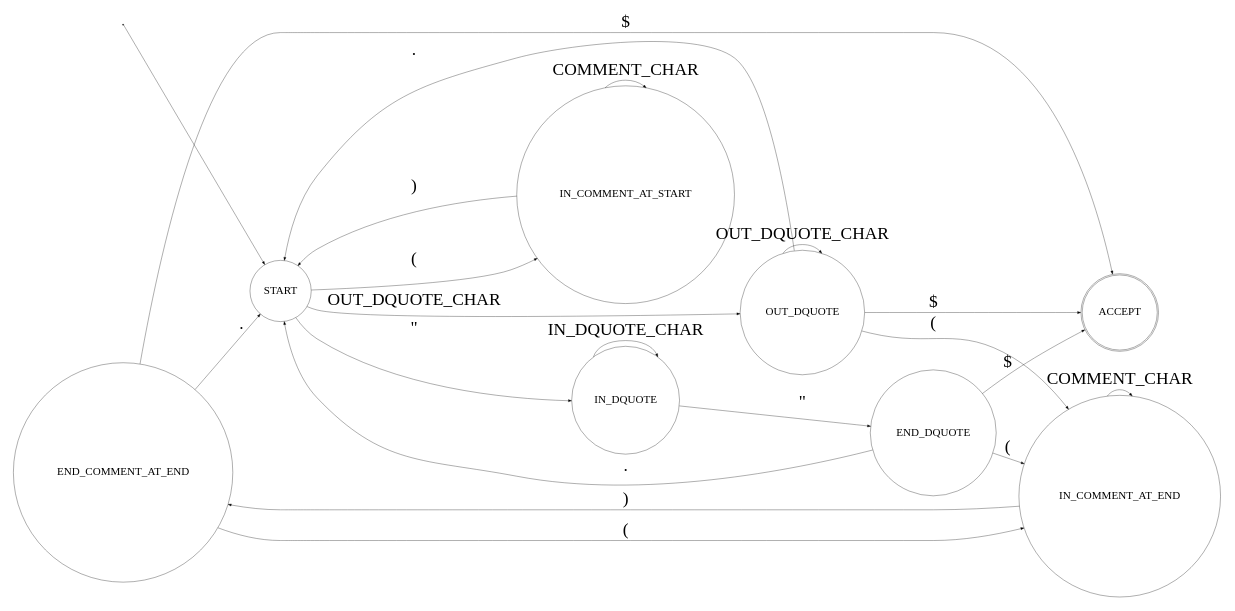
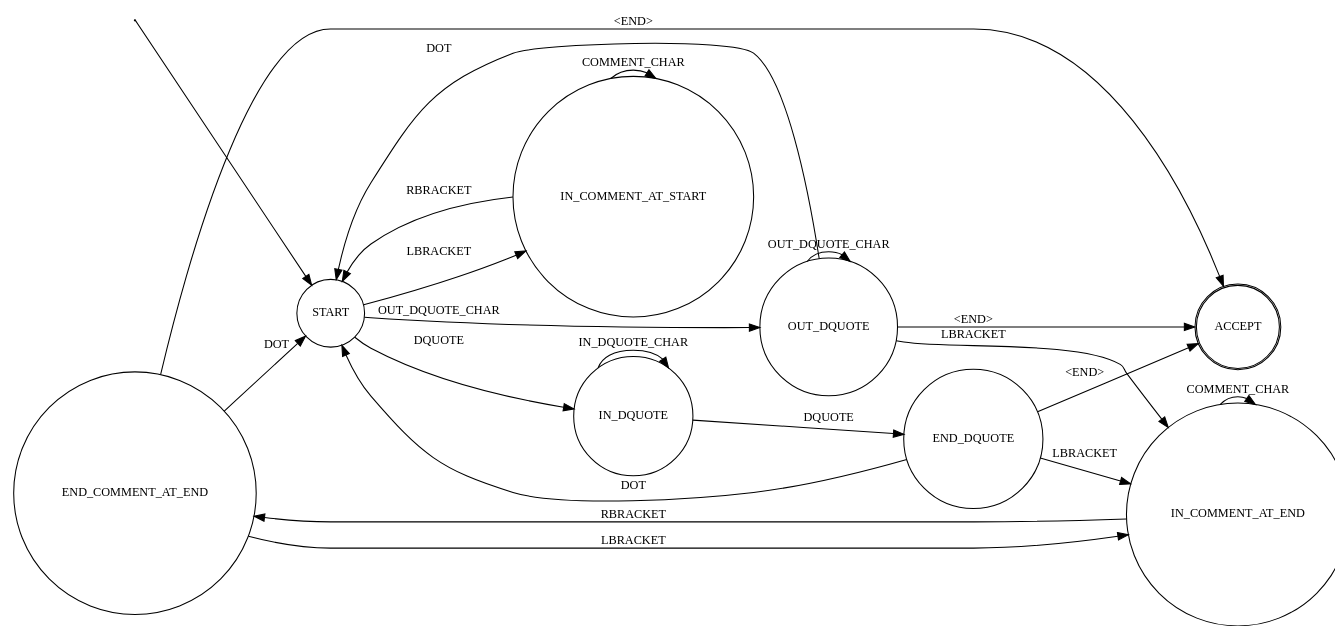
Before and after one commit to asimihsan/challenges: the diagram in codingforinterviews/emailaddress/doc/local-part-fsm.gv, drawn with Graphviz.

Commit message:
emailaddress - improve legibility of graphviz lines

```diff
--- a/codingforinterviews/emailaddress/doc/local-part-fsm.gv
+++ b/codingforinterviews/emailaddress/doc/local-part-fsm.gv
@@ -1,29 +1,29 @@
 digraph local_part_fsm {
     rankdir=LR;
     size="16,5"
-    node [fontsize = 35];
-    edge [fontsize = 55];
+    node [fontsize = 35, penwidth = 3];
+    edge [fontsize = 35, penwidth = 3, arrowsize = 3];
     node [shape = doublecircle]; ACCEPT;
     node [shape = point]; qi;
     node [shape = circle];
     qi ->                  START;
-    END_COMMENT_AT_END ->  ACCEPT [ label = "$" ];
-    END_COMMENT_AT_END ->  IN_COMMENT_AT_END [ label = "(" ];
-    END_COMMENT_AT_END ->  START [ label = "." ];
-    END_DQUOTE ->          IN_COMMENT_AT_END [ label = "(" ];
-    END_DQUOTE ->          START [ label = "." ];
-    END_DQUOTE ->          ACCEPT [ label = "$" ];
-    IN_COMMENT_AT_END ->   END_COMMENT_AT_END [ label = ")" ];
+    END_COMMENT_AT_END ->  ACCEPT [ label = "<END>" ];
+    END_COMMENT_AT_END ->  IN_COMMENT_AT_END [ label = "LBRACKET" ];
+    END_COMMENT_AT_END ->  START [ label = "DOT" ];
+    END_DQUOTE ->          IN_COMMENT_AT_END [ label = "LBRACKET" ];
+    END_DQUOTE ->          START [ label = "DOT" ];
+    END_DQUOTE ->          ACCEPT [ label = "<END>" ];
+    IN_COMMENT_AT_END ->   END_COMMENT_AT_END [ label = "RBRACKET" ];
     IN_COMMENT_AT_END ->   IN_COMMENT_AT_END [ label = "COMMENT_CHAR" ];
     IN_COMMENT_AT_START -> IN_COMMENT_AT_START [ label = "COMMENT_CHAR" ];
-    IN_COMMENT_AT_START -> START [ label = ")" ];
-    IN_DQUOTE ->           END_DQUOTE [ label = "\"" ];
+    IN_COMMENT_AT_START -> START [ label = "RBRACKET" ];
+    IN_DQUOTE ->           END_DQUOTE [ label = "DQUOTE" ];
     IN_DQUOTE ->           IN_DQUOTE [ label = "IN_DQUOTE_CHAR" ];
-    OUT_DQUOTE ->          ACCEPT [ label = "$" ];
-    OUT_DQUOTE ->          IN_COMMENT_AT_END [ label = "(" ];
+    OUT_DQUOTE ->          ACCEPT [ label = "<END>" ];
+    OUT_DQUOTE ->          IN_COMMENT_AT_END [ label = "LBRACKET" ];
     OUT_DQUOTE ->          OUT_DQUOTE [ label = "OUT_DQUOTE_CHAR" ];
-    OUT_DQUOTE ->          START [ label = "." ];
-    START ->               IN_COMMENT_AT_START [ label = "(" ];
-    START ->               IN_DQUOTE [ label = "\"" ];
+    OUT_DQUOTE ->          START [ label = "DOT" ];
+    START ->               IN_COMMENT_AT_START [ label = "LBRACKET" ];
+    START ->               IN_DQUOTE [ label = "DQUOTE" ];
     START ->               OUT_DQUOTE [ label = "OUT_DQUOTE_CHAR" ];
 }
```
